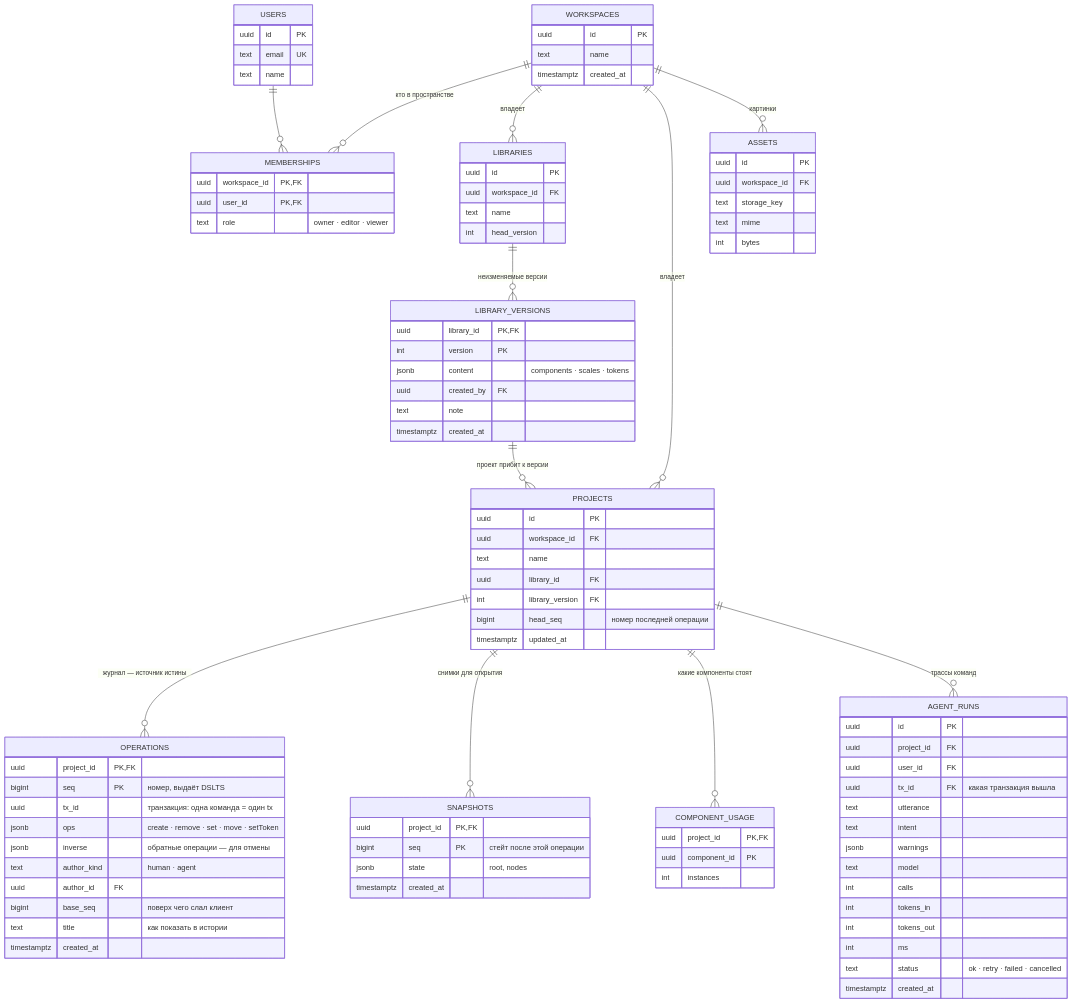
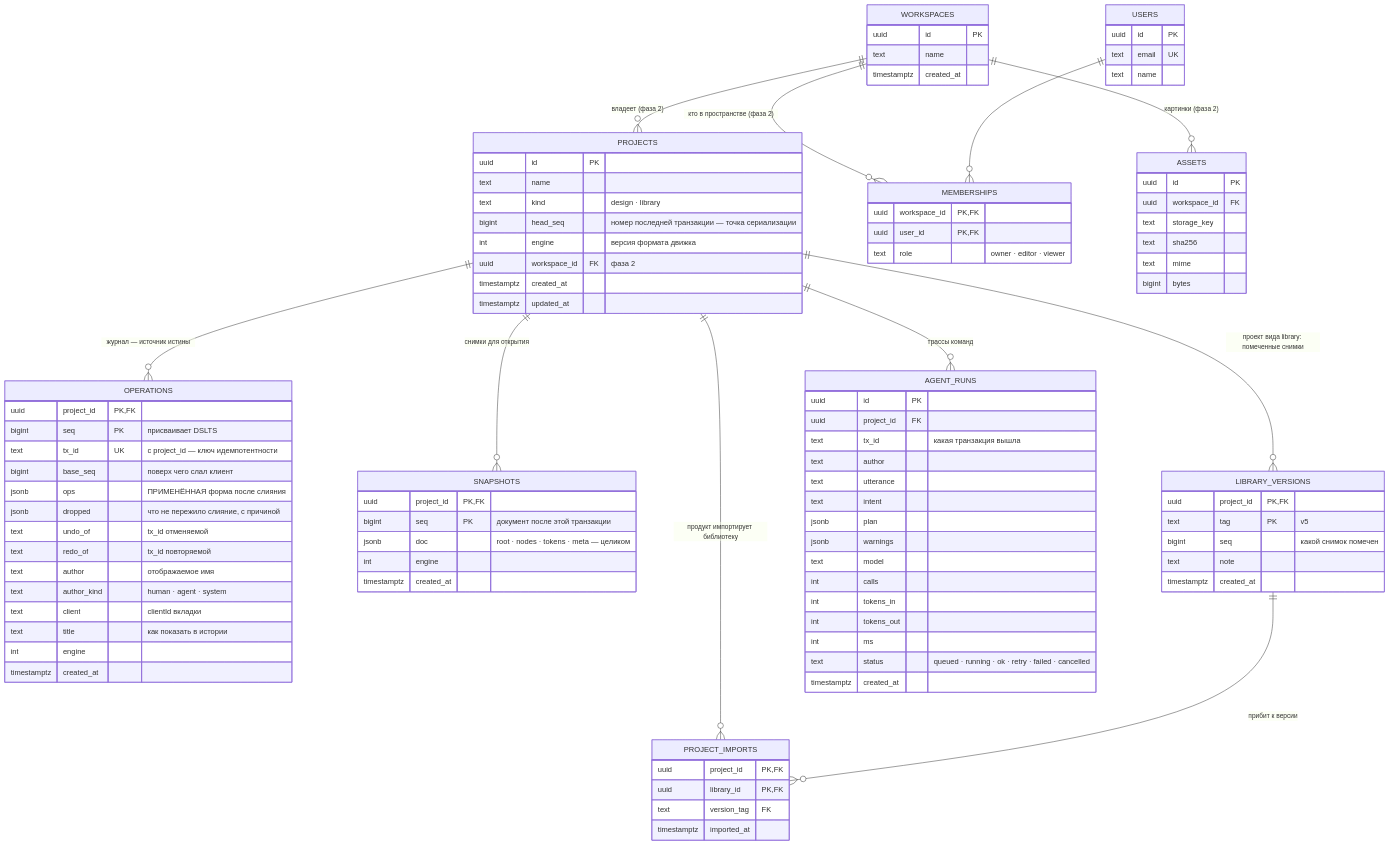
One commit to shinilornekora/Imago changed the diagram in docs/06-схема-базы.mermaid. Above: the diagram before and after it, drawn with Mermaid. The commit also changed 3 other files, not shown here.

First line of the commit message:
SPEC §8 уточнён после ревью, §9 — контракт Document service; схемы 04/06 под два процесса

```diff
--- a/docs/06-схема-базы.mermaid
+++ b/docs/06-схема-базы.mermaid
@@ -1,97 +1,98 @@
 erDiagram
-    WORKSPACES ||--o{ MEMBERSHIPS : "кто в пространстве"
-    USERS ||--o{ MEMBERSHIPS : ""
-    WORKSPACES ||--o{ LIBRARIES : "владеет"
-    LIBRARIES ||--o{ LIBRARY_VERSIONS : "неизменяемые версии"
-    WORKSPACES ||--o{ PROJECTS : "владеет"
-    LIBRARY_VERSIONS ||--o{ PROJECTS : "проект прибит к версии"
     PROJECTS ||--o{ OPERATIONS : "журнал — источник истины"
     PROJECTS ||--o{ SNAPSHOTS : "снимки для открытия"
-    PROJECTS ||--o{ COMPONENT_USAGE : "какие компоненты стоят"
+    PROJECTS ||--o{ LIBRARY_VERSIONS : "проект вида library: помеченные снимки"
+    PROJECTS ||--o{ PROJECT_IMPORTS : "продукт импортирует библиотеку"
+    LIBRARY_VERSIONS ||--o{ PROJECT_IMPORTS : "прибит к версии"
     PROJECTS ||--o{ AGENT_RUNS : "трассы команд"
-    WORKSPACES ||--o{ ASSETS : "картинки"
+    WORKSPACES ||--o{ PROJECTS : "владеет (фаза 2)"
+    WORKSPACES ||--o{ MEMBERSHIPS : "кто в пространстве (фаза 2)"
+    USERS ||--o{ MEMBERSHIPS : ""
+    WORKSPACES ||--o{ ASSETS : "картинки (фаза 2)"
 
+    PROJECTS {
+        uuid id PK
+        text name
+        text kind "design · library"
+        bigint head_seq "номер последней транзакции — точка сериализации"
+        int engine "версия формата движка"
+        uuid workspace_id FK "фаза 2"
+        timestamptz created_at
+        timestamptz updated_at
+    }
+    OPERATIONS {
+        uuid project_id PK, FK
+        bigint seq PK "присваивает DSLTS"
+        text tx_id UK "с project_id — ключ идемпотентности"
+        bigint base_seq "поверх чего слал клиент"
+        jsonb ops "ПРИМЕНЁННАЯ форма после слияния"
+        jsonb dropped "что не пережило слияние, с причиной"
+        text undo_of "tx_id отменяемой"
+        text redo_of "tx_id повторяемой"
+        text author "отображаемое имя"
+        text author_kind "human · agent · system"
+        text client "clientId вкладки"
+        text title "как показать в истории"
+        int engine
+        timestamptz created_at
+    }
+    SNAPSHOTS {
+        uuid project_id PK, FK
+        bigint seq PK "документ после этой транзакции"
+        jsonb doc "root · nodes · tokens · meta — целиком"
+        int engine
+        timestamptz created_at
+    }
+    LIBRARY_VERSIONS {
+        uuid project_id PK, FK
+        text tag PK "v5"
+        bigint seq "какой снимок помечен"
+        text note
+        timestamptz created_at
+    }
+    PROJECT_IMPORTS {
+        uuid project_id PK, FK
+        uuid library_id PK, FK
+        text version_tag FK
+        timestamptz imported_at
+    }
+    AGENT_RUNS {
+        uuid id PK
+        uuid project_id FK
+        text tx_id "какая транзакция вышла"
+        text author
+        text utterance
+        text intent
+        jsonb plan
+        jsonb warnings
+        text model
+        int calls
+        int tokens_in
+        int tokens_out
+        int ms
+        text status "queued · running · ok · retry · failed · cancelled"
+        timestamptz created_at
+    }
     WORKSPACES {
         uuid id PK
         text name
         timestamptz created_at
     }
     USERS {
         uuid id PK
         text email UK
         text name
     }
     MEMBERSHIPS {
         uuid workspace_id PK, FK
         uuid user_id PK, FK
         text role "owner · editor · viewer"
     }
-    LIBRARIES {
-        uuid id PK
-        uuid workspace_id FK
-        text name
-        int head_version
-    }
-    LIBRARY_VERSIONS {
-        uuid library_id PK, FK
-        int version PK
-        jsonb content "components · scales · tokens"
-        uuid created_by FK
-        text note
-        timestamptz created_at
-    }
-    PROJECTS {
-        uuid id PK
-        uuid workspace_id FK
-        text name
-        uuid library_id FK
-        int library_version FK
-        bigint head_seq "номер последней операции"
-        timestamptz updated_at
-    }
-    OPERATIONS {
-        uuid project_id PK, FK
-        bigint seq PK "номер, выдаёт DSLTS"
-        uuid tx_id "транзакция: одна команда = один tx"
-        jsonb ops "create · remove · set · move · setToken"
-        jsonb inverse "обратные операции — для отмены"
-        text author_kind "human · agent"
-        uuid author_id FK
-        bigint base_seq "поверх чего слал клиент"
-        text title "как показать в истории"
-        timestamptz created_at
-    }
-    SNAPSHOTS {
-        uuid project_id PK, FK
-        bigint seq PK "стейт после этой операции"
-        jsonb state "root, nodes"
-        timestamptz created_at
-    }
-    COMPONENT_USAGE {
-        uuid project_id PK, FK
-        uuid component_id PK
-        int instances
-    }
     ASSETS {
         uuid id PK
         uuid workspace_id FK
         text storage_key
+        text sha256
         text mime
-        int bytes
+        bigint bytes
     }
-    AGENT_RUNS {
-        uuid id PK
-        uuid project_id FK
-        uuid user_id FK
-        uuid tx_id FK "какая транзакция вышла"
-        text utterance
-        text intent
-        jsonb warnings
-        text model
-        int calls
-        int tokens_in
-        int tokens_out
-        int ms
-        text status "ok · retry · failed · cancelled"
-        timestamptz created_at
-    }
```
